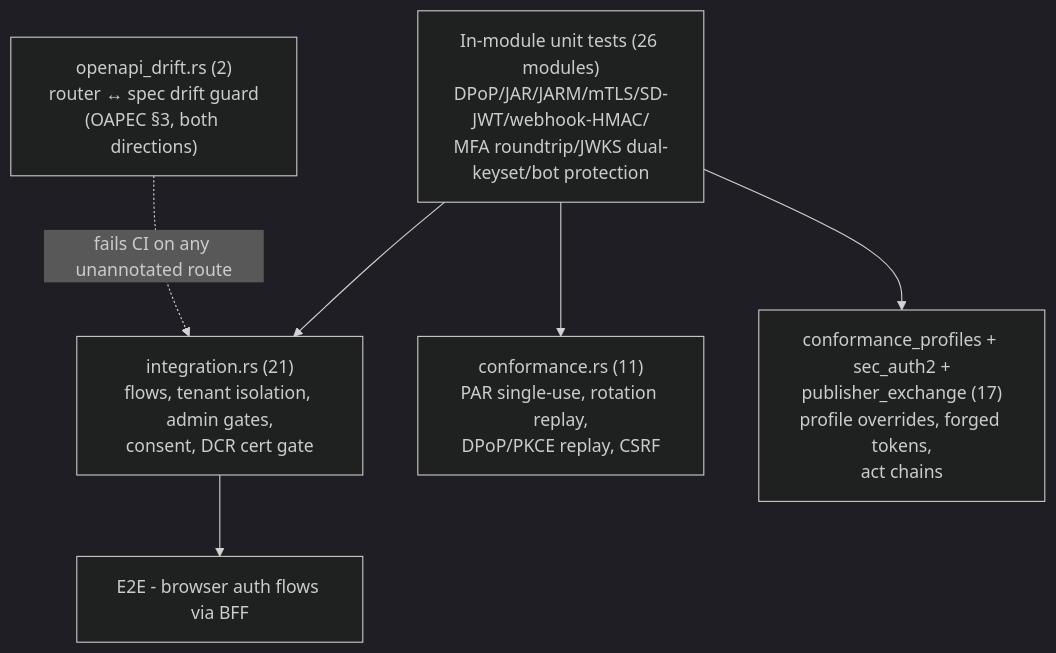
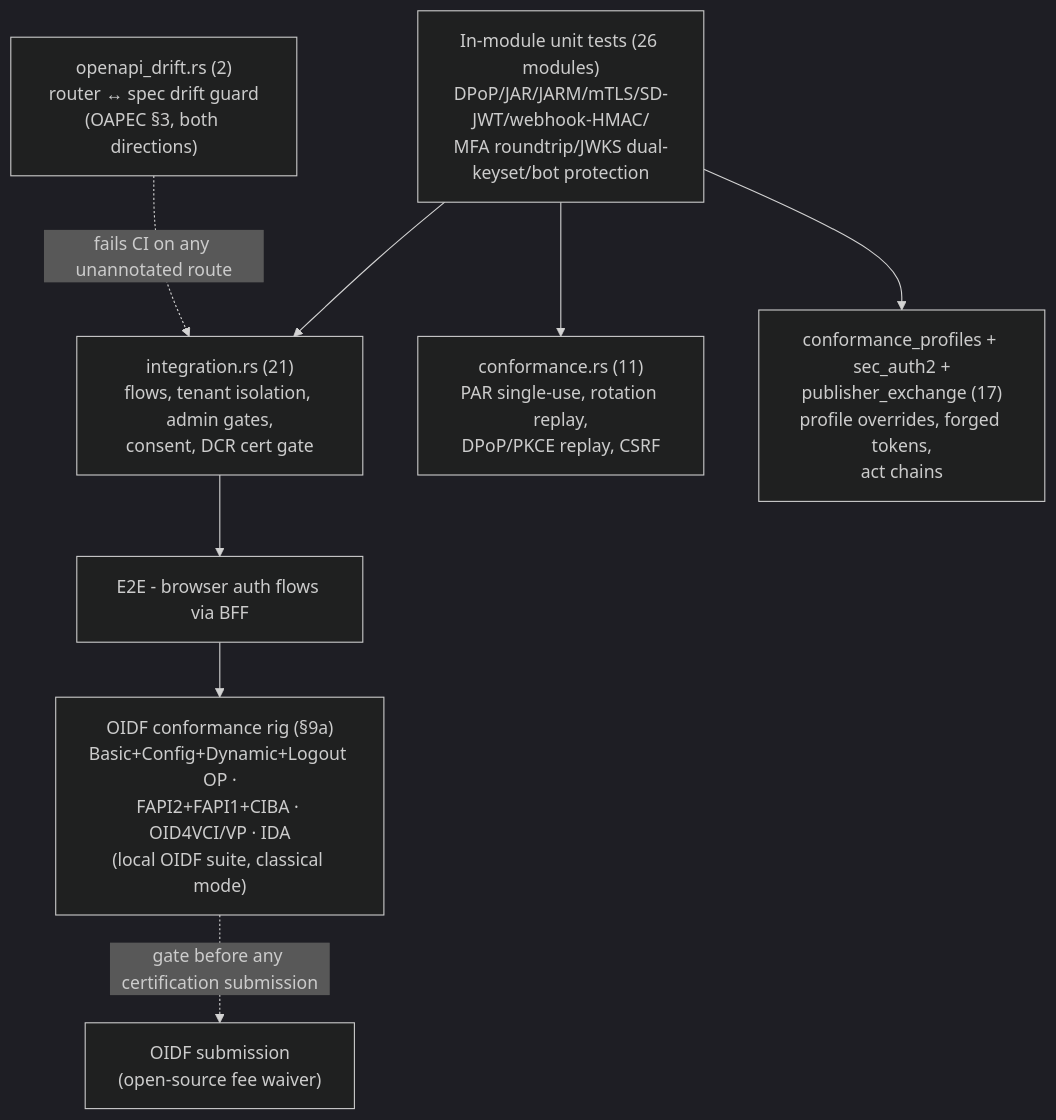
Before and after one commit to Sentin8/sentin8-auth: diagram 12 of 17 in DESIGN.md, drawn with Mermaid (dark theme). The commit also changed other lines of this file and 35 other files, not shown here.

````diff
--- a/DESIGN.md
+++ b/DESIGN.md
@@ -613,12 +614,15 @@
 ```mermaid
 graph TD
     U["In-module unit tests (26 modules)<br/>DPoP/JAR/JARM/mTLS/SD-JWT/webhook-HMAC/<br/>MFA roundtrip/JWKS dual-keyset/bot protection"]
     I1["integration.rs (21)<br/>flows, tenant isolation, admin gates,<br/>consent, DCR cert gate"]
     OG["openapi_drift.rs (2)<br/>router ↔ spec drift guard<br/>(OAPEC §3, both directions)"]
     I2["conformance.rs (11)<br/>PAR single-use, rotation replay,<br/>DPoP/PKCE replay, CSRF"]
     I3["conformance_profiles + sec_auth2 +<br/>publisher_exchange (17)<br/>profile overrides, forged tokens,<br/>act chains"]
+    C["OIDF conformance rig (§9a)<br/>Basic+Config+Dynamic+Logout OP ·<br/>FAPI2+FAPI1+CIBA · OID4VCI/VP · IDA<br/>(local OIDF suite, classical mode)"]
     E["E2E - browser auth flows via BFF"]
     U --> I1 & I2 & I3
     OG -.fails CI on any unannotated route.-> I1
     I1 --> E
+    E --> C
+    C -.gate before any certification submission.-> SUB["OIDF submission<br/>(open-source fee waiver)"]
 ```
````
